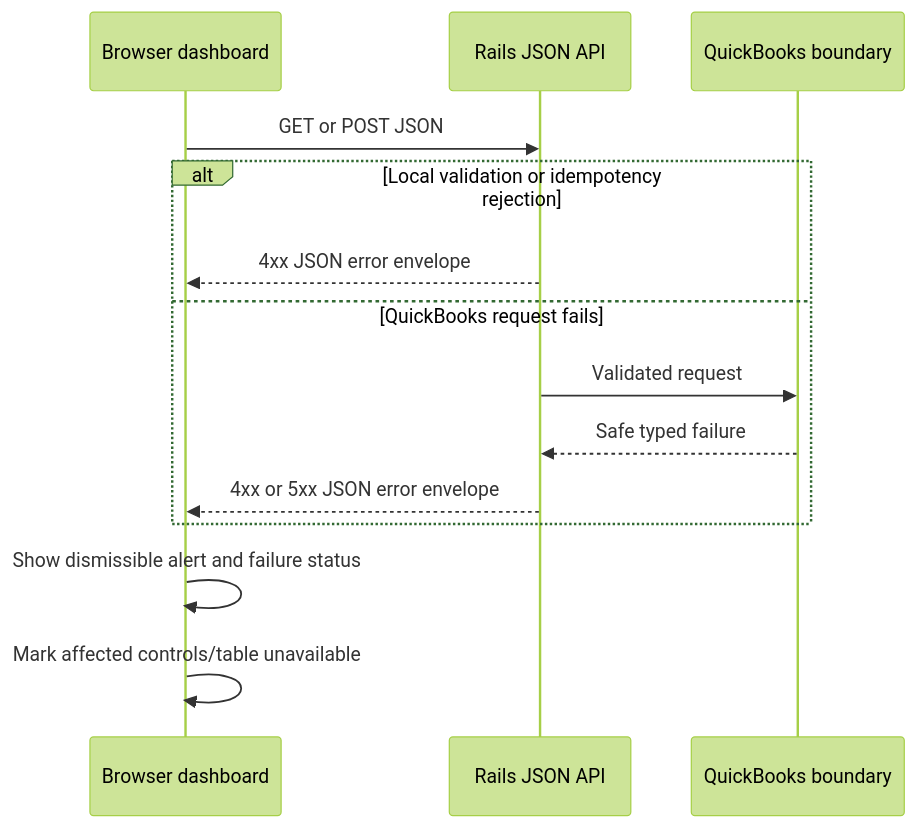
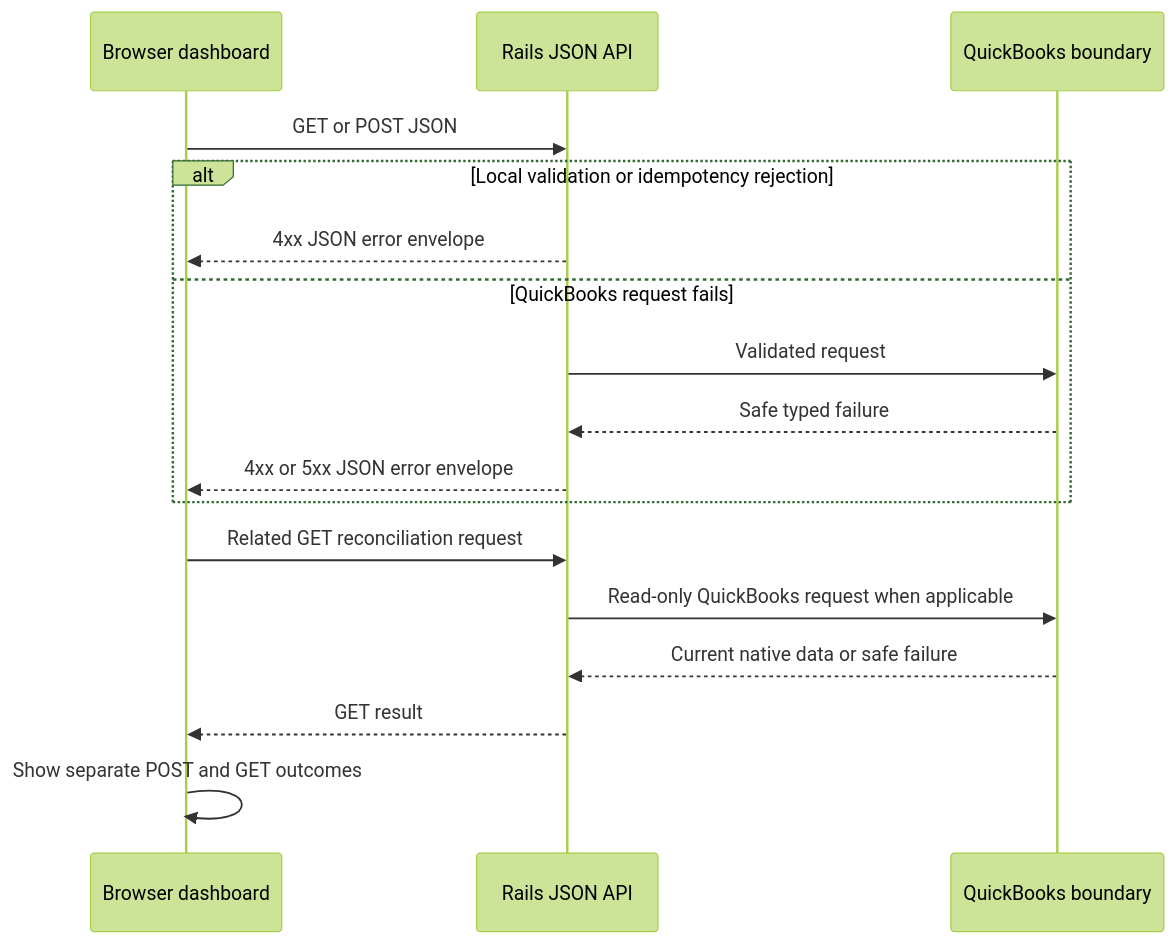
The seventh of 7 diagrams in docs/data_flow.md (nakshatrasinghh/qbo-finance-bridge), drawn with Mermaid (forest theme) before and after one commit. The commit also changed other lines of this file and 14 other files, not shown here.

````diff
--- a/docs/data_flow.md
+++ b/docs/data_flow.md
@@ -297,16 +297,19 @@
 ```mermaid
 sequenceDiagram
   participant B as Browser dashboard
   participant A as Rails JSON API
   participant Q as QuickBooks boundary
   B->>A: GET or POST JSON
   alt Local validation or idempotency rejection
     A-->>B: 4xx JSON error envelope
   else QuickBooks request fails
     A->>Q: Validated request
     Q-->>A: Safe typed failure
     A-->>B: 4xx or 5xx JSON error envelope
   end
-  B->>B: Show dismissible alert and failure status
-  B->>B: Mark affected controls/table unavailable
+  B->>A: Related GET reconciliation request
+  A->>Q: Read-only QuickBooks request when applicable
+  Q-->>A: Current native data or safe failure
+  A-->>B: GET result
+  B->>B: Show separate POST and GET outcomes
 ```
````
